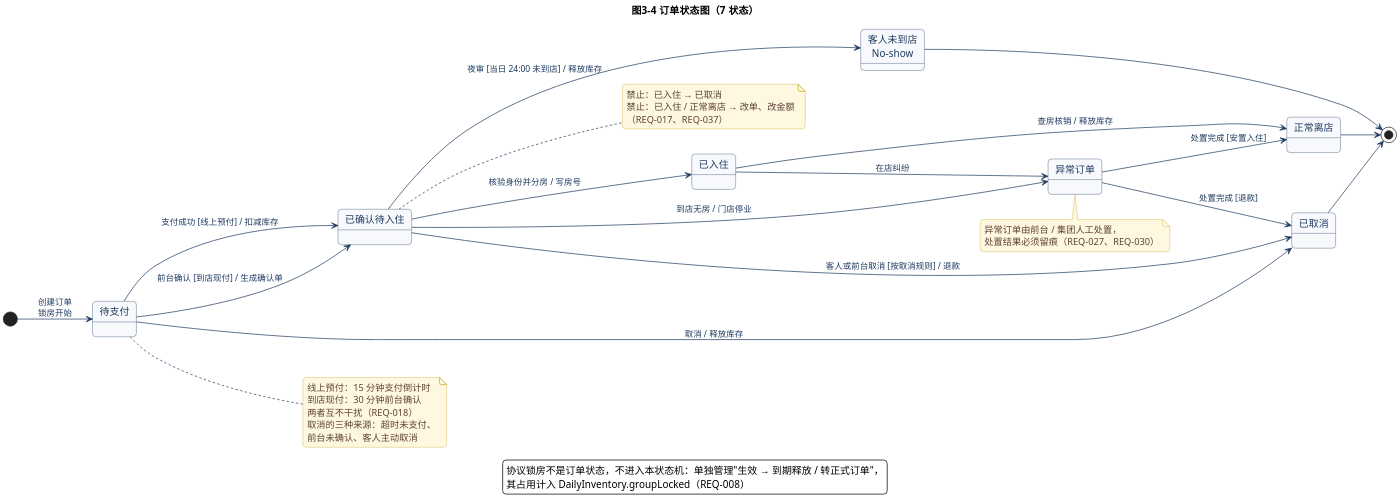
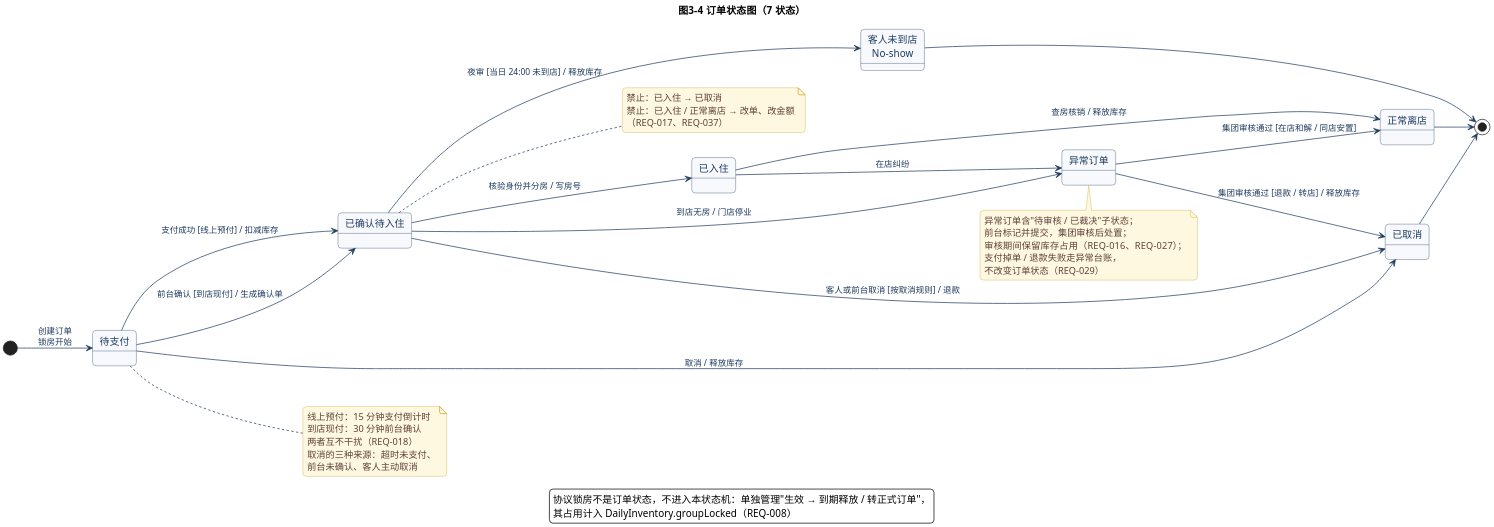
The diagram in lab2/UML/UML状态图.puml (Ash-Klein/hotel-booking-system), drawn with PlantUML before and after one commit. The commit also changed 24 other files, not shown here.

```diff
--- a/lab2/UML/UML状态图.puml
+++ b/lab2/UML/UML状态图.puml
@@ -1,74 +1,77 @@
 @startuml UML状态图
 skinparam defaultFontName "Microsoft YaHei"
 skinparam dpi 200
 skinparam shadowing false
 skinparam backgroundColor #FFFFFF
 skinparam roundCorner 10
 skinparam ArrowColor #1F3A5F
 skinparam ArrowFontColor #1F3A5F
 skinparam ArrowFontSize 12
 skinparam stateBorderColor #1F3A5F
 skinparam stateBackgroundColor #F7F9FC
 skinparam stateFontColor #1F3A5F
 skinparam stateFontSize 14
 skinparam noteBackgroundColor #FFF8E1
 skinparam noteBorderColor #C9A227
 skinparam noteFontColor #5D4037
 skinparam nodesep 35
 skinparam ranksep 55
 left to right direction
 title 图3-4  订单状态图（7 状态）
 
 state "待支付" as PENDING
 state "已确认待入住" as CONFIRMED
 state "已入住" as CHECKED_IN
 state "正常离店" as CHECKED_OUT
 state "已取消" as CANCELLED
 state "客人未到店\nNo-show" as NO_SHOW
 state "异常订单" as EXCEPTION
 
 [*] --> PENDING : 创建订单\n锁房开始
 PENDING --> CONFIRMED : 支付成功 [线上预付] / 扣减库存
 PENDING --> CONFIRMED : 前台确认 [到店现付] / 生成确认单
 PENDING --> CANCELLED : 取消 / 释放库存
 
 CONFIRMED --> CHECKED_IN : 核验身份并分房 / 写房号
 CONFIRMED --> CANCELLED : 客人或前台取消 [按取消规则] / 退款
 CONFIRMED --> NO_SHOW : 夜审 [当日 24:00 未到店] / 释放库存
 CONFIRMED --> EXCEPTION : 到店无房 / 门店停业
 
 CHECKED_IN --> CHECKED_OUT : 查房核销 / 释放库存
 CHECKED_IN --> EXCEPTION : 在店纠纷
 
-EXCEPTION --> CANCELLED : 处置完成 [退款]
-EXCEPTION --> CHECKED_OUT : 处置完成 [安置入住]
+EXCEPTION --> CANCELLED : 集团审核通过 [退款 / 转店] / 释放库存
+EXCEPTION --> CHECKED_OUT : 集团审核通过 [在店和解 / 同店安置]
 
 CANCELLED --> [*]
 CHECKED_OUT --> [*]
 NO_SHOW --> [*]
 
 note right of PENDING
   线上预付：15 分钟支付倒计时
   到店现付：30 分钟前台确认
   两者互不干扰（REQ-018）
   取消的三种来源：超时未支付、
   前台未确认、客人主动取消
 end note
 
 note right of CONFIRMED
   禁止：已入住 → 已取消
   禁止：已入住 / 正常离店 → 改单、改金额
   （REQ-017、REQ-037）
 end note
 
 note bottom of EXCEPTION
-  异常订单由前台 / 集团人工处置，
-  处置结果必须留痕（REQ-027、REQ-030）
+  异常订单含"待审核 / 已裁决"子状态；
+  前台标记并提交，集团审核后处置；
+  审核期间保留库存占用（REQ-016、REQ-027）；
+  支付掉单 / 退款失败走异常台账，
+  不改变订单状态（REQ-029）
 end note
 
 legend bottom
   协议锁房不是订单状态，不进入本状态机：单独管理"生效 → 到期释放 / 转正式订单"，
   其占用计入 DailyInventory.groupLocked（REQ-008）
 endlegend
 
 @enduml
```
